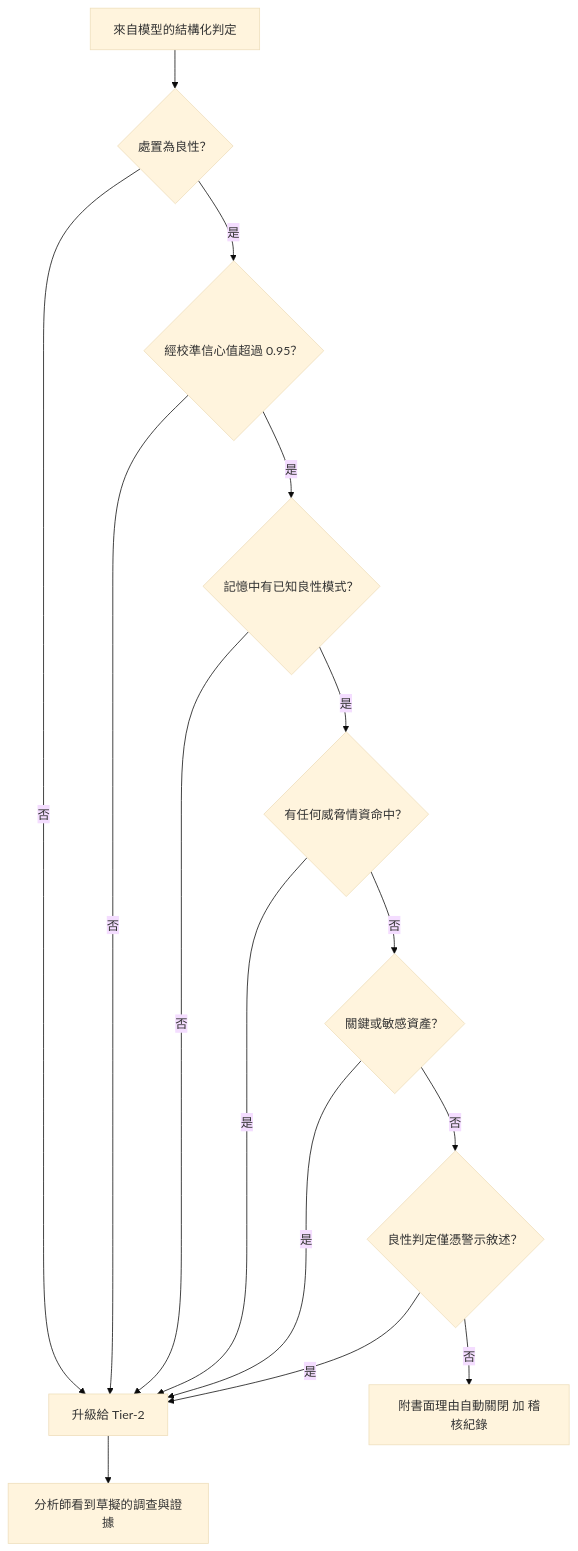
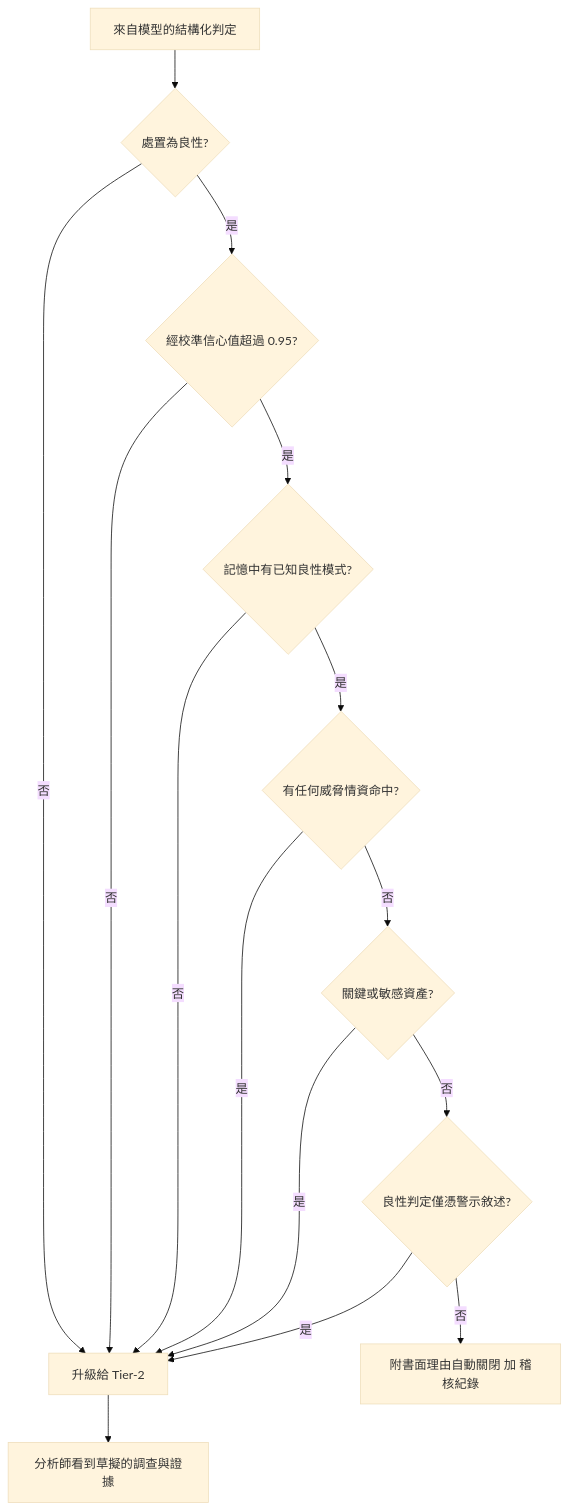
One commit to jack51706/ai-system-design-guide changed the second of 4 diagrams in i18n/zh-Hant/docusaurus-plugin-content-docs/current/16-case-studies/40-soc-security-operations-copilot.md. Above: the diagram before and after it, drawn with Mermaid (base theme). The commit also changed other lines of this file, not shown here.

````diff
--- a/i18n/zh-Hant/docusaurus-plugin-content-docs/current/16-case-studies/40-soc-security-operations-copilot.md
+++ b/i18n/zh-Hant/docusaurus-plugin-content-docs/current/16-case-studies/40-soc-security-operations-copilot.md
@@ -213,17 +213,17 @@
 ```mermaid
 flowchart TD
-    V[來自模型的結構化判定] --> D{處置為良性？}
+    V[來自模型的結構化判定] --> D{處置為良性?}
     D -->|否| ESC[升級給 Tier-2]
-    D -->|是| C{經校準信心值超過 0.95？}
+    D -->|是| C{經校準信心值超過 0.95?}
     C -->|否| ESC
-    C -->|是| P{記憶中有已知良性模式？}
+    C -->|是| P{記憶中有已知良性模式?}
     P -->|否| ESC
-    P -->|是| I{有任何威脅情資命中？}
+    P -->|是| I{有任何威脅情資命中?}
     I -->|是| ESC
-    I -->|否| A{關鍵或敏感資產？}
+    I -->|否| A{關鍵或敏感資產?}
     A -->|是| ESC
-    A -->|否| N{良性判定僅憑警示敘述？}
+    A -->|否| N{良性判定僅憑警示敘述?}
     N -->|是| ESC
     N -->|否| CLOSE[附書面理由自動關閉 加 稽核紀錄]
     ESC --> HUMAN[分析師看到草擬的調查與證據]
 ```
````
